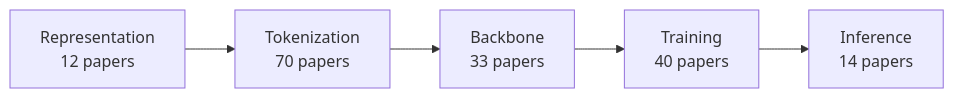
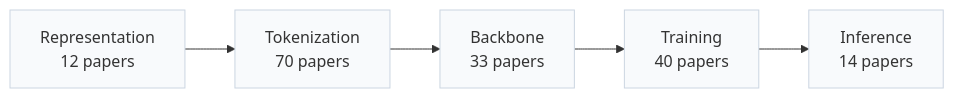
Before and after one commit to Galaxy-ghost/Awesome-SID-Generative-Rec: the diagram in README.md, drawn with Mermaid. The commit also changed other lines of this file and 649 other files, not shown here.

Commit message:
writer-05: also tags and modality index (schema, check, build, visuals); summary field removed; calibration data for 12 papers

````diff
--- a/README.md
+++ b/README.md
@@ -14,4 +14,6 @@
 ```mermaid
 flowchart LR
     R["Representation<br/>12 papers"] --> T["Tokenization<br/>70 papers"] --> B["Backbone<br/>33 papers"] --> TR["Training<br/>40 papers"] --> I["Inference<br/>14 papers"]
+    classDef stage fill:#f8fafc,stroke:#cbd5e1
+    class R,T,B,TR,I stage
 ```
````
